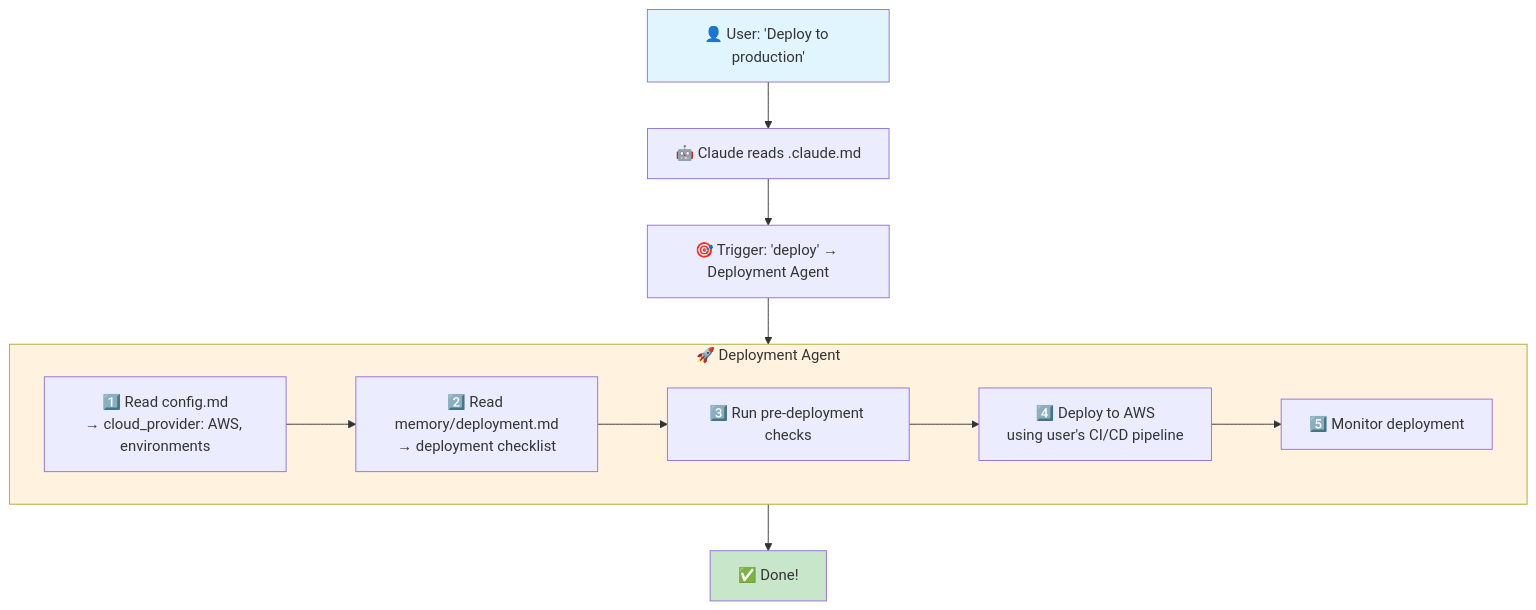
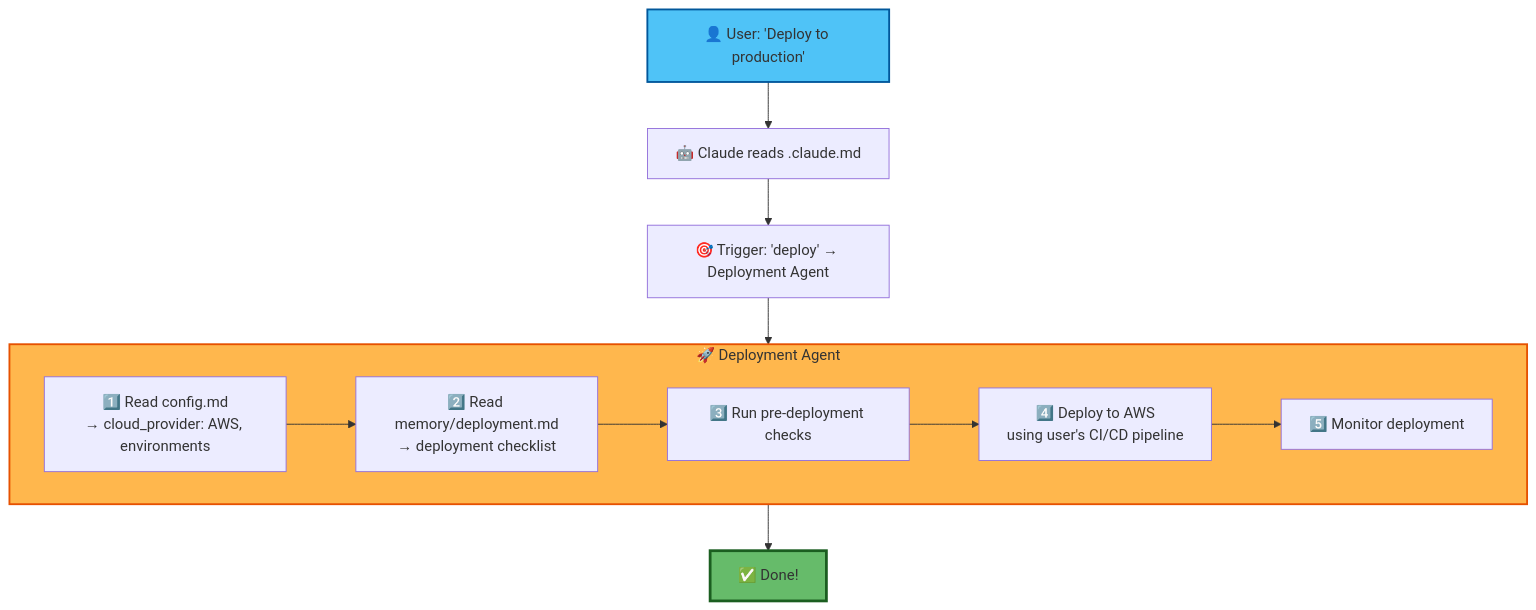
The sixth of 8 diagrams in INTERACTION-DIAGRAM.md (rhwendt/vaulty), drawn with Mermaid before and after one commit. The commit also changed other lines of this file, not shown here.

First line of the commit message:
fix: Update interaction diagram for completeness and dark mode compatibility

````diff
--- a/INTERACTION-DIAGRAM.md
+++ b/INTERACTION-DIAGRAM.md
@@ -234,24 +242,24 @@
 ```mermaid
 flowchart TD
     User["👤 User: 'Deploy to production'"]
     Read["🤖 Claude reads .claude.md"]
     Trigger["🎯 Trigger: 'deploy' → Deployment Agent"]
 
     subgraph DeployAgent["🚀 Deployment Agent"]
         Step1["1️⃣ Read config.md<br/>→ cloud_provider: AWS, environments"]
         Step2["2️⃣ Read memory/deployment.md<br/>→ deployment checklist"]
         Step3["3️⃣ Run pre-deployment checks"]
         Step4["4️⃣ Deploy to AWS<br/>using user's CI/CD pipeline"]
         Step5["5️⃣ Monitor deployment"]
 
         Step1 --> Step2 --> Step3 --> Step4 --> Step5
     end
 
     Done["✅ Done!"]
 
     User --> Read --> Trigger --> DeployAgent --> Done
 
-    style User fill:#e1f5ff
-    style DeployAgent fill:#fff3e0
-    style Done fill:#c8e6c9
+    style User fill:#4fc3f7,stroke:#01579b,stroke-width:2px
+    style DeployAgent fill:#ffb74d,stroke:#e65100,stroke-width:2px
+    style Done fill:#66bb6a,stroke:#1b5e20,stroke-width:3px
 ```
````
